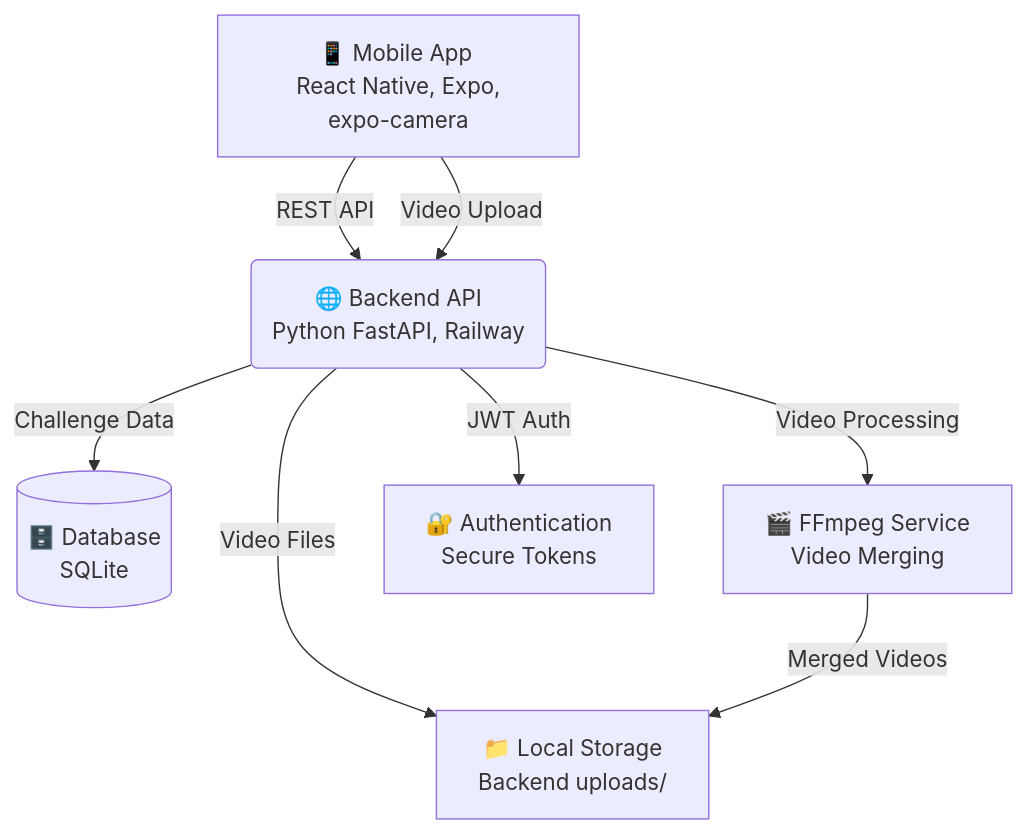
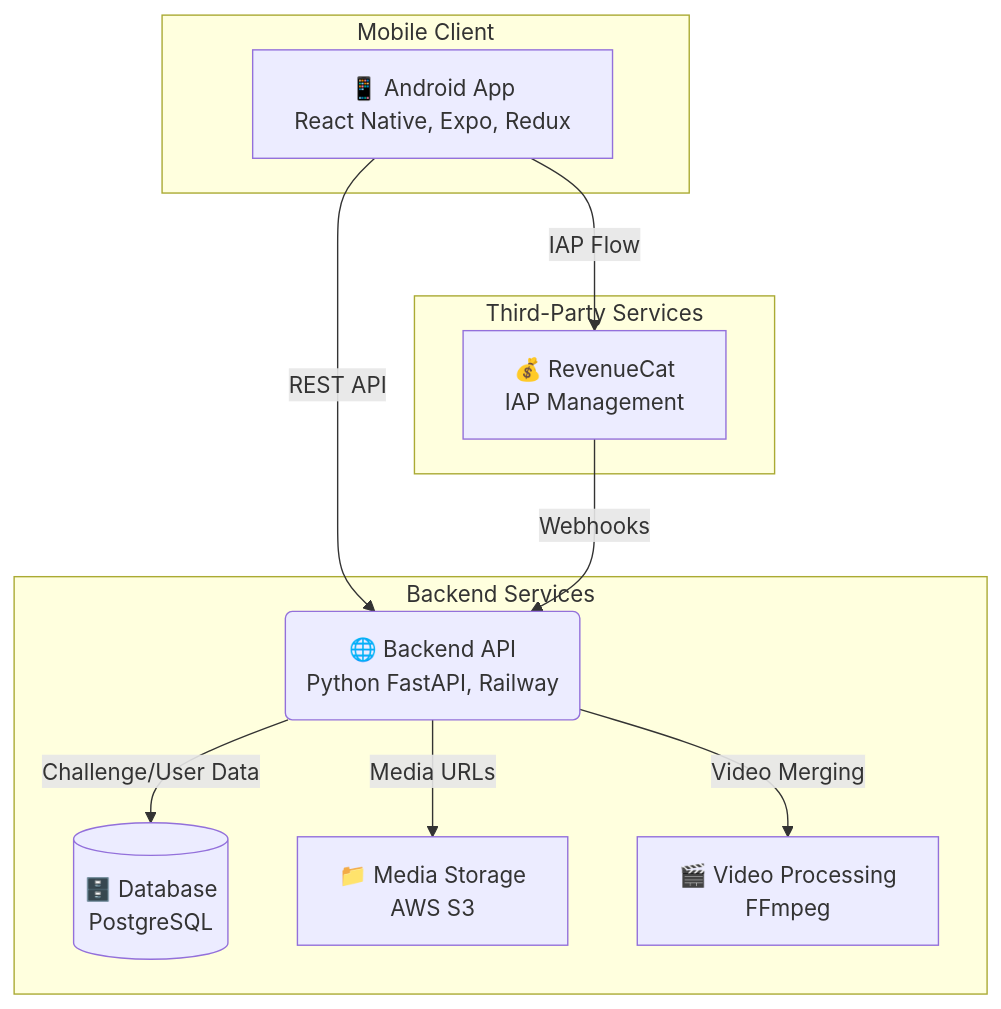
The diagram in README.md (kingkw1/2Truths-1Lie), drawn with Mermaid before and after one commit. The commit also changed other lines of this file and 2 other files, not shown here.

`````diff
--- a/README.md
+++ b/README.md
@@ -61,10 +51,22 @@
 ```mermaid
 graph TD
-    A[📱 Mobile App <br> React Native, Expo, expo-camera] -->|REST API| B(🌐 Backend API <br> Python FastAPI, Railway);
-    B -->|Challenge Data| C[(🗄️ Database <br> SQLite)];
-    B -->|Video Files| D[📁 Local Storage <br> Backend uploads/];
-    B -->|Video Processing| E[🎬 FFmpeg Service <br> Video Merging];
-    A -->|Video Upload| B;
-    E -->|Merged Videos| D;
-    B -->|JWT Auth| F[🔐 Authentication <br> Secure Tokens];
+    subgraph Mobile Client
+        A[📱 Android App <br> React Native, Expo, Redux];
+    end
+    subgraph Backend Services
+        B(🌐 Backend API <br> Python FastAPI, Railway);
+        C[(🗄️ Database <br> PostgreSQL)];
+        D[📁 Media Storage <br> AWS S3];
+        E[🎬 Video Processing <br> FFmpeg];
+    end
+    subgraph Third-Party Services
+        F[💰 RevenueCat <br> IAP Management];
+    end
+
+    A -->|REST API| B;
+    A -->|IAP Flow| F;
+    B -->|Challenge/User Data| C;
+    B -->|Media URLs| D;
+    B -->|Video Merging| E;
+    F -->|Webhooks| B;
 ````
`````
